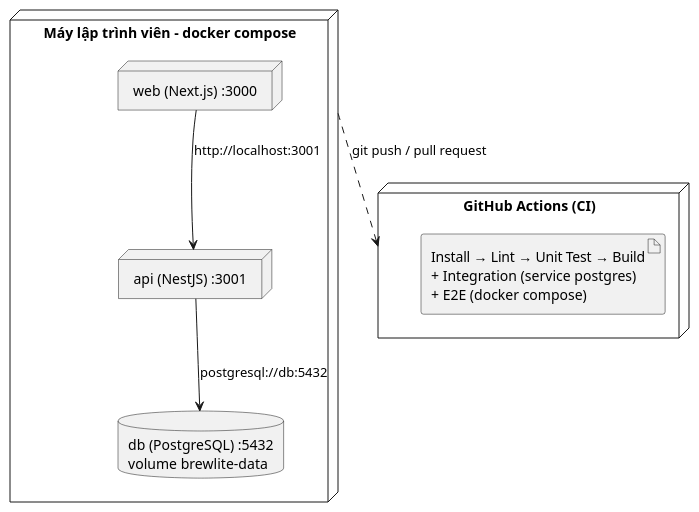
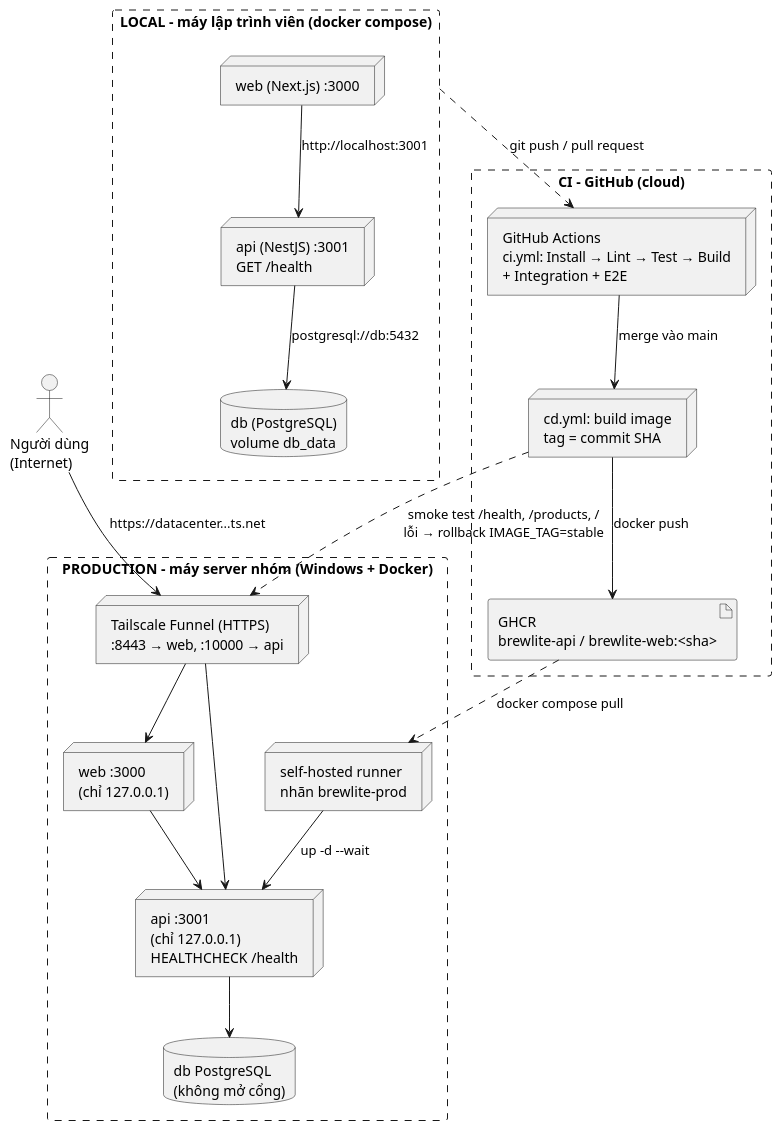
One commit to dinh-hung-116/BrewLite-Assignment2 changed the diagram in docs/architecture/deployment-local.puml. Above: the diagram before and after it, drawn with PlantUML. The commit also changed 3 other files, not shown here.

Commit message:
docs(deploy): thống nhất mô tả /health và thêm ranh giới Production vào sơ đồ

```diff
--- a/docs/architecture/deployment-local.puml
+++ b/docs/architecture/deployment-local.puml
@@ -1,15 +1,39 @@
 @startuml deployment-local
-' Môi trường local (docker compose) và ranh giới với CI
+' Ranh giới 3 môi trường: Local (docker compose), CI (GitHub Actions + GHCR) và Production (máy server + Tailscale Funnel)
 skinparam shadowing false
-node "Máy lập trình viên – docker compose" as L {
+skinparam rectangle {
+  BorderStyle dashed
+}
+rectangle "LOCAL – máy lập trình viên (docker compose)" as LOCAL {
   node "web (Next.js) :3000" as W
-  node "api (NestJS) :3001" as A
-  database "db (PostgreSQL) :5432\nvolume brewlite-data" as D
+  node "api (NestJS) :3001\nGET /health" as A
+  database "db (PostgreSQL)\nvolume db_data" as D
 }
-node "GitHub Actions (CI)" as CI {
-  artifact "Install → Lint → Unit Test → Build\n+ Integration (service postgres)\n+ E2E (docker compose)" as Q
+rectangle "CI – GitHub (cloud)" as CIB {
+  node "GitHub Actions\nci.yml: Install → Lint → Test → Build\n+ Integration + E2E" as CI
+  node "cd.yml: build image\ntag = commit SHA" as CD
+  artifact "GHCR\nbrewlite-api / brewlite-web:<sha>" as REG
 }
+rectangle "PRODUCTION – máy server nhóm (Windows + Docker)" as PROD {
+  node "Tailscale Funnel (HTTPS)\n:8443 → web, :10000 → api" as F
+  node "self-hosted runner\nnhãn brewlite-prod" as R
+  node "web :3000\n(chỉ 127.0.0.1)" as PW
+  node "api :3001\n(chỉ 127.0.0.1)\nHEALTHCHECK /health" as PA
+  database "db PostgreSQL\n(không mở cổng)" as PD
+}
+actor "Người dùng\n(Internet)" as U
+
 W --> A : http://localhost:3001
 A --> D : postgresql://db:5432
-L ..> CI : git push / pull request
+LOCAL ..> CI : git push / pull request
+CI --> CD : merge vào main
+CD --> REG : docker push
+REG ..> R : docker compose pull
+R --> PA : up -d --wait
+U --> F : https://datacenter...ts.net
+F --> PW
+F --> PA
+PW --> PA
+PA --> PD
+CD ..> F : smoke test /health, /products, /\nlỗi → rollback IMAGE_TAG=stable
 @enduml
```
